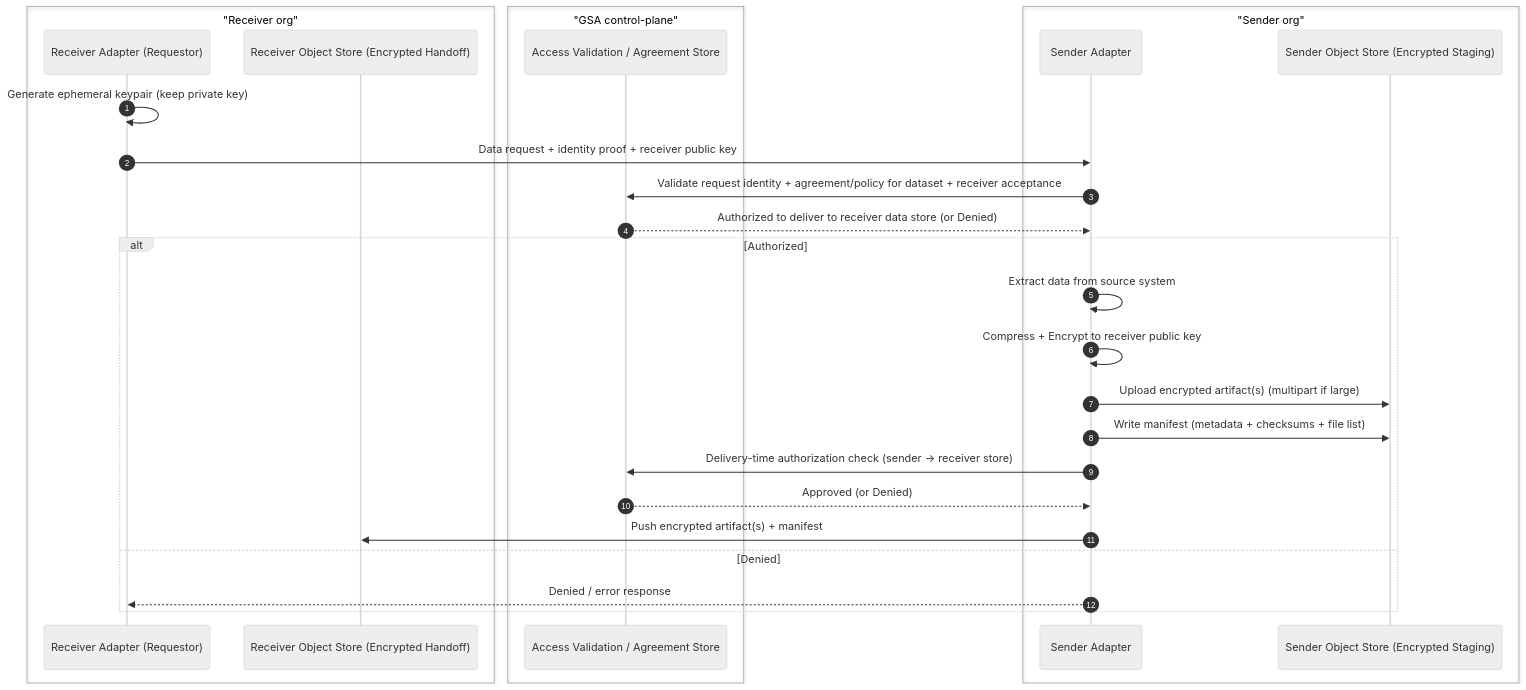
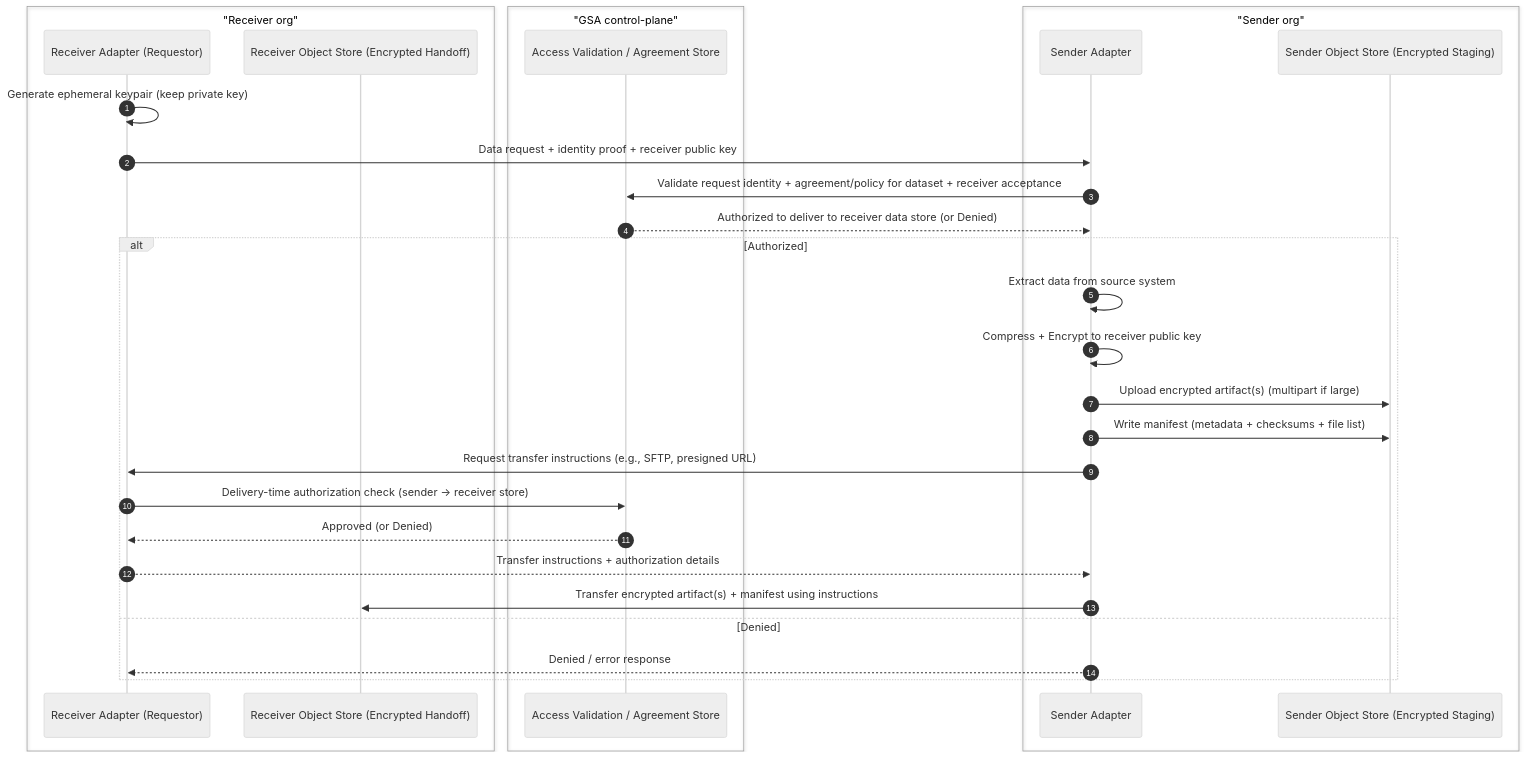
Before and after one commit to GSA-TTS/TTSE-Redwood: the first of 8 diagrams in docs/adr/0001-fde-architecture-diagrams.md, drawn with Mermaid (neutral theme). The commit also changed other lines of this file and 1 other file, not shown here.

First line of the commit message:
adr: update transfer handshake (receiver provides transfer instructions)

````diff
--- a/docs/adr/0001-fde-architecture-diagrams.md
+++ b/docs/adr/0001-fde-architecture-diagrams.md
@@ -7,32 +7,34 @@
 ```mermaid
 sequenceDiagram
   autonumber
   box "Receiver org"
     participant R as Receiver Adapter (Requestor)
     participant ROS as Receiver Object Store (Encrypted Handoff)
   end
   box "GSA control-plane"
     participant AV as Access Validation / Agreement Store
   end
   box "Sender org"
     participant S as Sender Adapter
     participant SOS as Sender Object Store (Encrypted Staging)
   end
 
   R->>R: Generate ephemeral keypair (keep private key)
   R->>S: Data request + identity proof + receiver public key
   S->>AV: Validate request identity + agreement/policy for dataset + receiver acceptance
   AV-->>S: Authorized to deliver to receiver data store (or Denied)
 
   alt Authorized
     S->>S: Extract data from source system
     S->>S: Compress + Encrypt to receiver public key
     S->>SOS: Upload encrypted artifact(s) (multipart if large)
     S->>SOS: Write manifest (metadata + checksums + file list)
-    S->>AV: Delivery-time authorization check (sender -> receiver store)
-    AV-->>S: Approved (or Denied)
-    S->>ROS: Push encrypted artifact(s) + manifest
+    S->>R: Request transfer instructions (e.g., SFTP, presigned URL)
+    R->>AV: Delivery-time authorization check (sender -> receiver store)
+    AV-->>R: Approved (or Denied)
+    R-->>S: Transfer instructions + authorization details
+    S->>ROS: Transfer encrypted artifact(s) + manifest using instructions
   else Denied
     S-->>R: Denied / error response
   end
 ```
````
